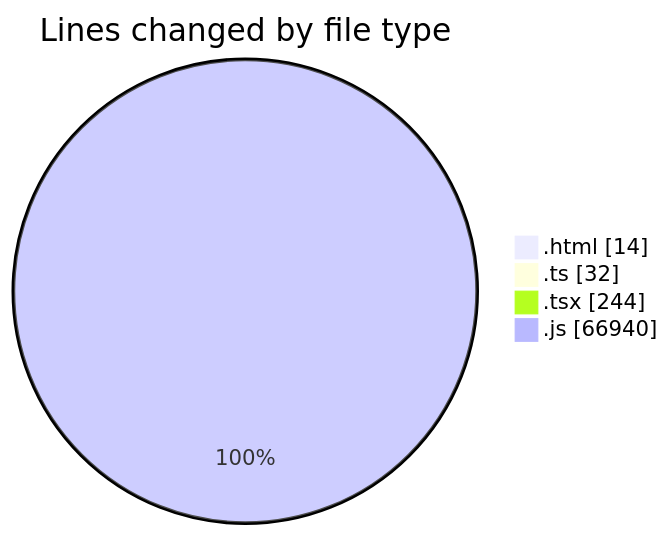
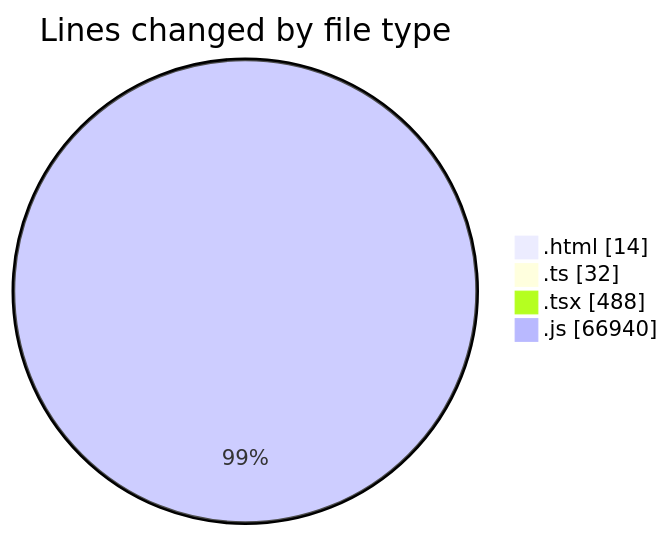
One commit to donsfak/code-tracking changed the first of 2 diagrams in 2025-02-06/portofolio/README.md. Above: the diagram before and after it, drawn with Mermaid. The commit also changed other lines of this file and 1 other file, not shown here.

````diff
--- a/2025-02-06/portofolio/README.md
+++ b/2025-02-06/portofolio/README.md
@@ -23,8 +23,8 @@
 ```mermaid
 pie showData
 title Lines changed by file type
 ".html" : 14
 ".ts" : 32
-".tsx" : 244
+".tsx" : 488
 ".js" : 66940
 ```
````
